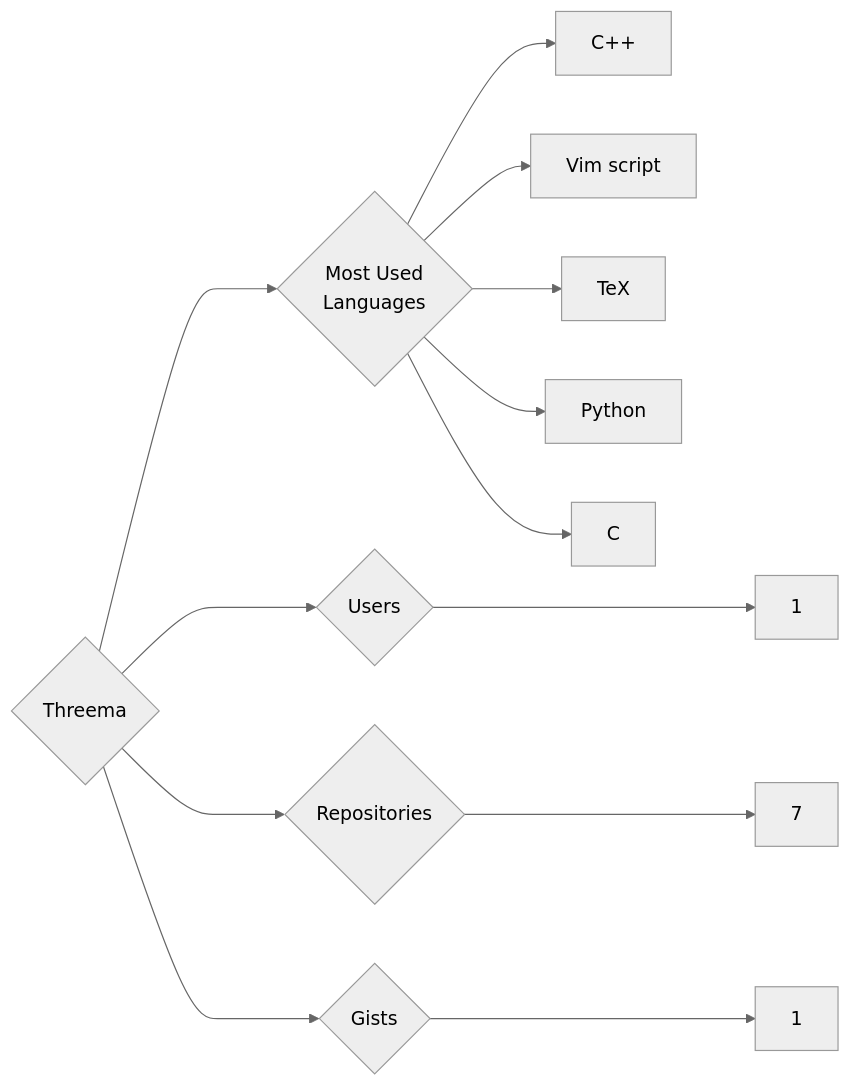
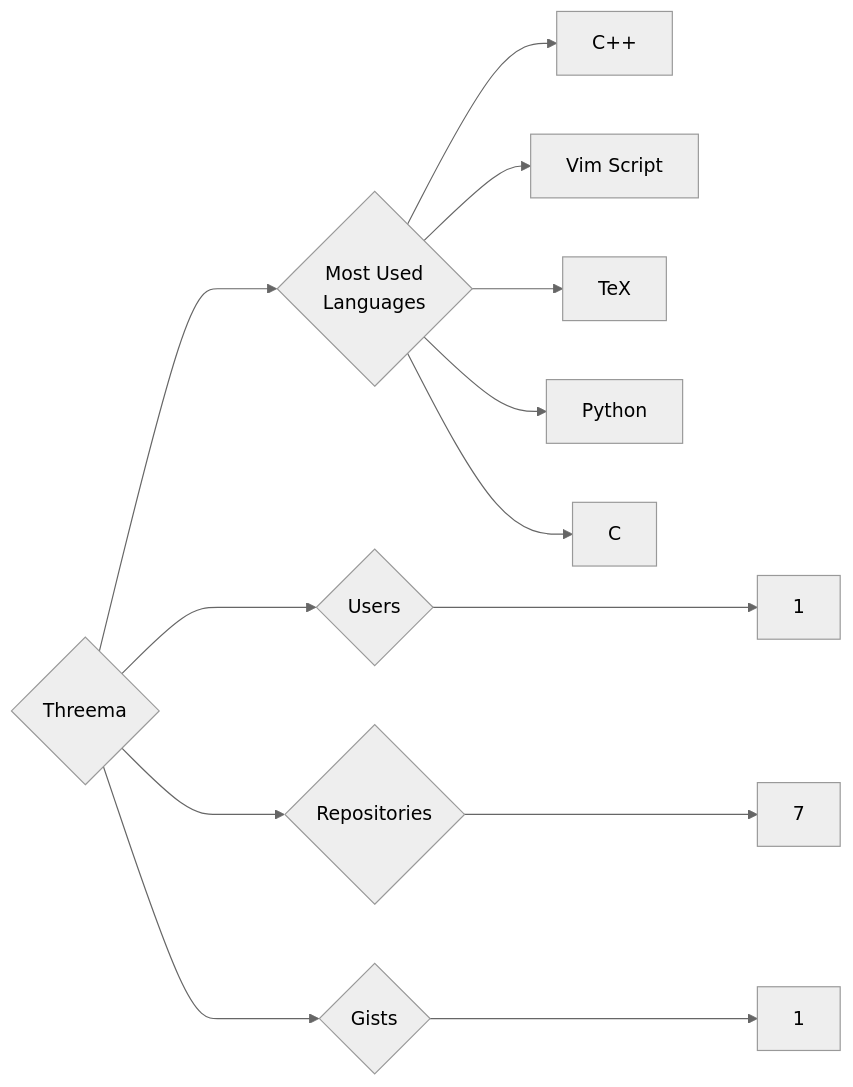
One commit to trickest/insiders changed the diagram in targets/Threema/README.md. Above: the diagram before and after it, drawn with Mermaid (neutral theme). The commit also changed 796 other files, not shown here.

````diff
--- a/targets/Threema/README.md
+++ b/targets/Threema/README.md
@@ -3,13 +3,13 @@
 ```mermaid
 graph LR
 COMPANY_NAME{Threema}
 COMPANY_NAME ---> U{Users} ---> UN[1]
 COMPANY_NAME ---> R{Repositories} ---> RN[7]
 COMPANY_NAME ---> G{Gists} ---> GN[1]
 COMPANY_NAME ---> ML{Most Used<br>Languages}
 ML --> C++[C++]
-ML --> Vim_script[Vim script]
+ML --> Vim_Script[Vim Script]
 ML --> TeX[TeX]
 ML --> Python[Python]
 ML --> C[C]
 ```
````
